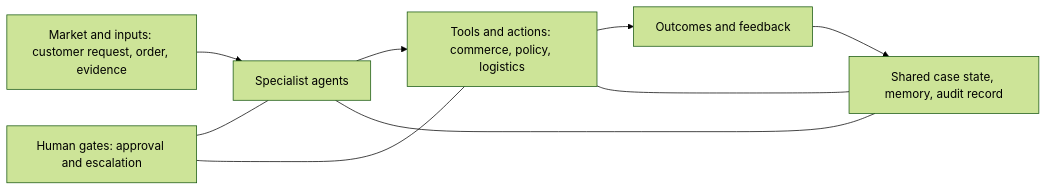
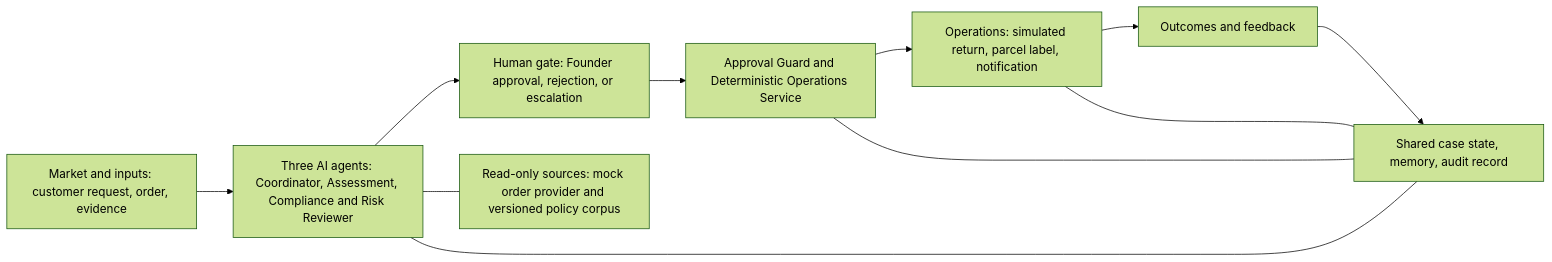
One commit to shuxiachai/returnops-au changed the diagram in docs/01-project-charter.md. Above: the diagram before and after it, drawn with Mermaid (forest theme). The commit also changed other lines of this file and 2 other files, not shown here.

First line of the commit message:
docs: rebaseline UML models onto the three-agent baseline

````diff
--- a/docs/01-project-charter.md
+++ b/docs/01-project-charter.md
@@ -98,15 +101,17 @@
 ```mermaid
 flowchart LR
     I["Market and inputs: customer request, order, evidence"]
-    A["Specialist agents"]
-    T["Tools and actions: commerce, policy, logistics"]
+    A["Three AI agents: Coordinator, Assessment, Compliance and Risk Reviewer"]
+    R["Read-only sources: mock order provider and versioned policy corpus"]
+    H["Human gate: Founder approval, rejection, or escalation"]
+    G["Approval Guard and Deterministic Operations Service"]
+    T["Operations: simulated return, parcel label, notification"]
     O["Outcomes and feedback"]
     S["Shared case state, memory, audit record"]
-    H["Human gates: approval and escalation"]
-    I --> A --> T --> O
+    I --> A --> H --> G --> T --> O
+    A --- R
     S --- A
+    S --- G
     S --- T
-    H --- A
-    H --- T
     O --> S
 ```
````
